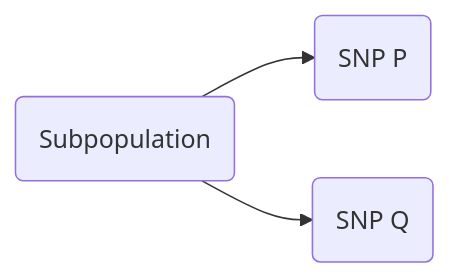
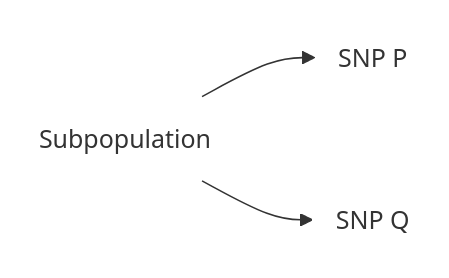
One commit to trafalmadorian97/mecfs_bioinformatics changed the fourth of 6 diagrams in docs/Bioinformatics_Concepts/Population_Stratification.md. Above: the diagram before and after it, drawn with Mermaid. The commit also changed other lines of this file, not shown here.

````diff
--- a/docs/Bioinformatics_Concepts/Population_Stratification.md
+++ b/docs/Bioinformatics_Concepts/Population_Stratification.md
@@ -59,5 +71,10 @@
 ``` mermaid
 graph LR
 C(Subpopulation) --> A(SNP P);
 C --> B(SNP Q);
+
+
+classDef normal fill:transparent,stroke:transparent;
+classDef conditioned fill:transparent,stroke:#444,stroke-width:2px;
+class A,B,C normal;
 ```
````
